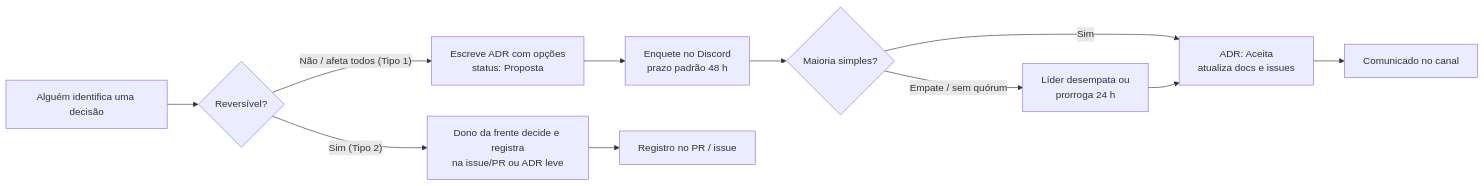
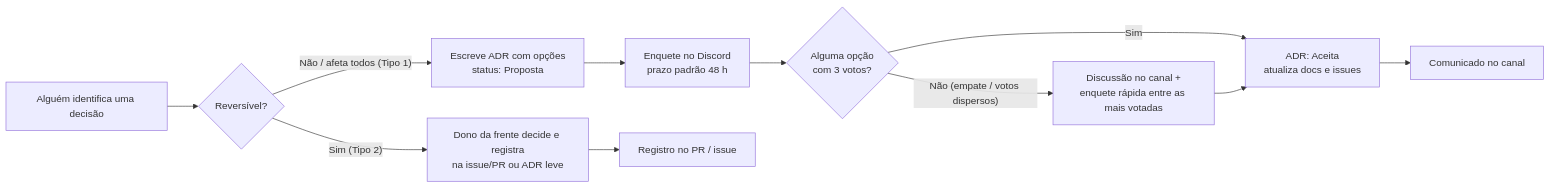
The first of 2 diagrams in docs/00-guia-do-grupo/como-trabalhamos.md (HermandoThiago/FIAP-SOAT), drawn with Mermaid before and after one commit. The commit also changed other lines of this file and 3 other files, not shown here.

First line of the commit message:
docs(guia): vencer com 3 votos; empate vai a discussão + enquete rápida

````diff
--- a/docs/00-guia-do-grupo/como-trabalhamos.md
+++ b/docs/00-guia-do-grupo/como-trabalhamos.md
@@ -31,13 +31,13 @@
 ```mermaid
 flowchart LR
     A[Alguém identifica uma decisão] --> B{Reversível?}
     B -- "Sim (Tipo 2)" --> C[Dono da frente decide e registra<br/>na issue/PR ou ADR leve]
     B -- "Não / afeta todos (Tipo 1)" --> D[Escreve ADR com opções<br/>status: Proposta]
     D --> E[Enquete no Discord<br/>prazo padrão 48 h]
-    E --> F{Maioria simples?}
+    E --> F{Alguma opção<br/>com 3 votos?}
     F -- Sim --> G[ADR: Aceita<br/>atualiza docs e issues]
-    F -- "Empate / sem quórum" --> H[Líder desempata ou<br/>prorroga 24 h]
+    F -- "Não (empate / votos dispersos)" --> H[Discussão no canal +<br/>enquete rápida entre as mais votadas]
     H --> G
     C --> I[Registro no PR / issue]
     G --> J[Comunicado no canal]
 ```
````
